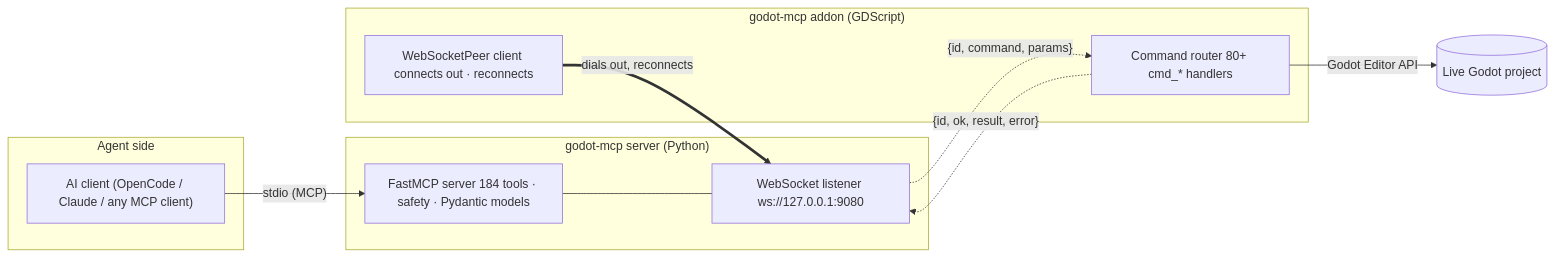
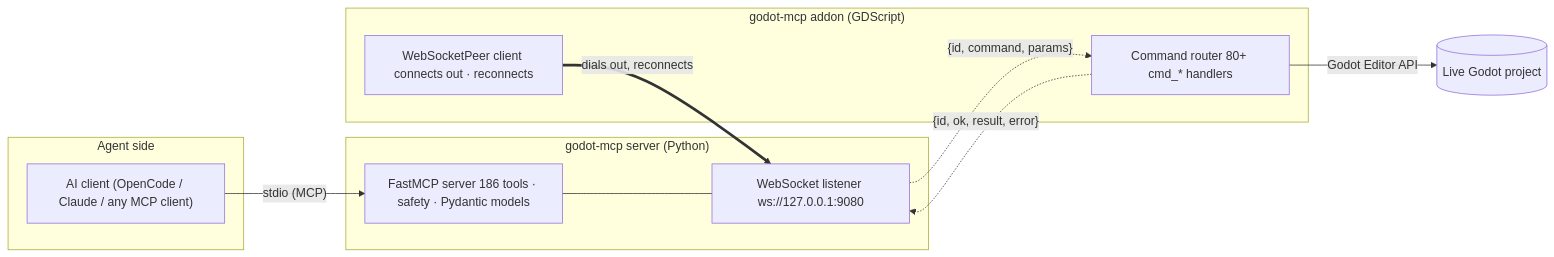
Before and after one commit to hybridindie/godot-mcp: the diagram in docs/site/architecture/index.md, drawn with Mermaid. The commit also changed 21 other files, not shown here.

````diff
--- a/docs/site/architecture/index.md
+++ b/docs/site/architecture/index.md
@@ -14,21 +14,21 @@
 ```mermaid
 flowchart LR
     subgraph client["Agent side"]
         AI["AI client (OpenCode / Claude / any MCP client)"]
     end
     subgraph server["godot-mcp server (Python)"]
-        SRV["FastMCP server 184 tools · safety · Pydantic models"]
+        SRV["FastMCP server 186 tools · safety · Pydantic models"]
         BR["WebSocket listener ws://127.0.0.1:9080"]
     end
     subgraph addon["godot-mcp addon (GDScript)"]
         WS["WebSocketPeer client connects out · reconnects"]
         RT["Command router 80+ cmd_* handlers"]
     end
     ED[("Live Godot project")]
     AI -->|"stdio (MCP)"| SRV
     SRV --- BR
     WS ==>|"dials out, reconnects"| BR
     BR -.->|"{id, command, params}"| RT
     RT -->|"Godot Editor API"| ED
     RT -.->|"{id, ok, result, error}"| BR
 ```
````
